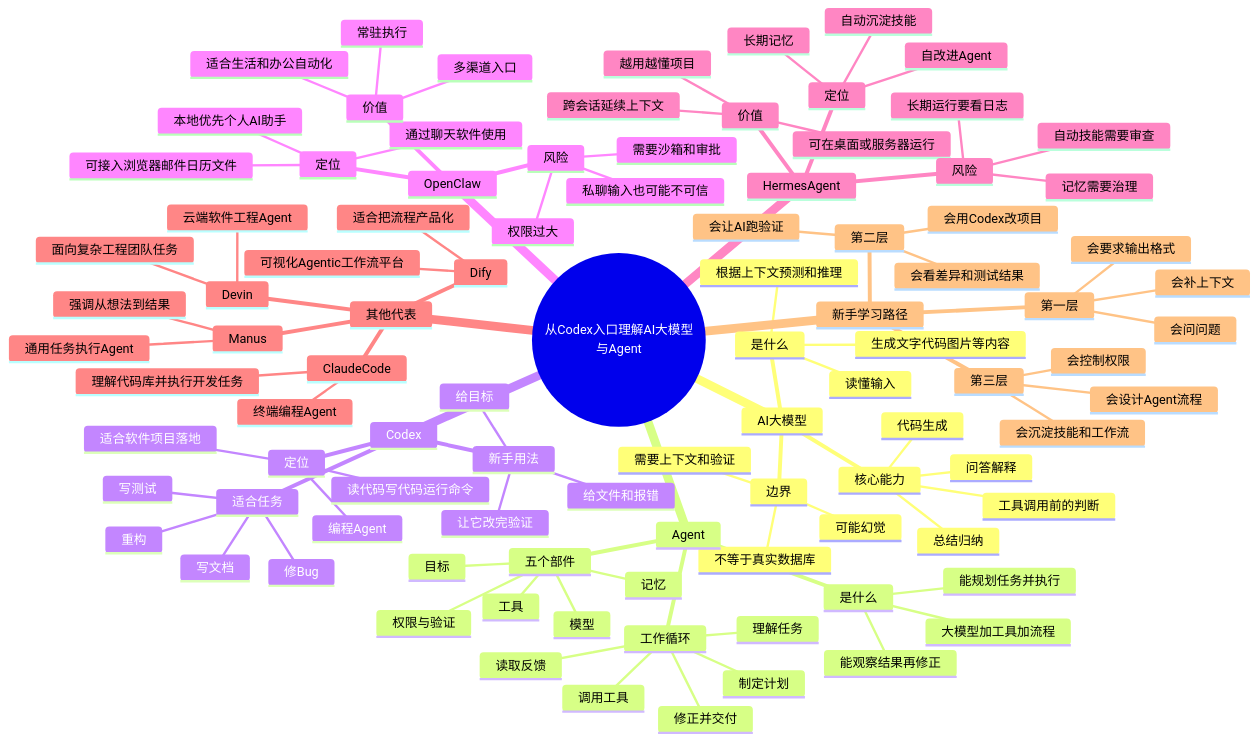
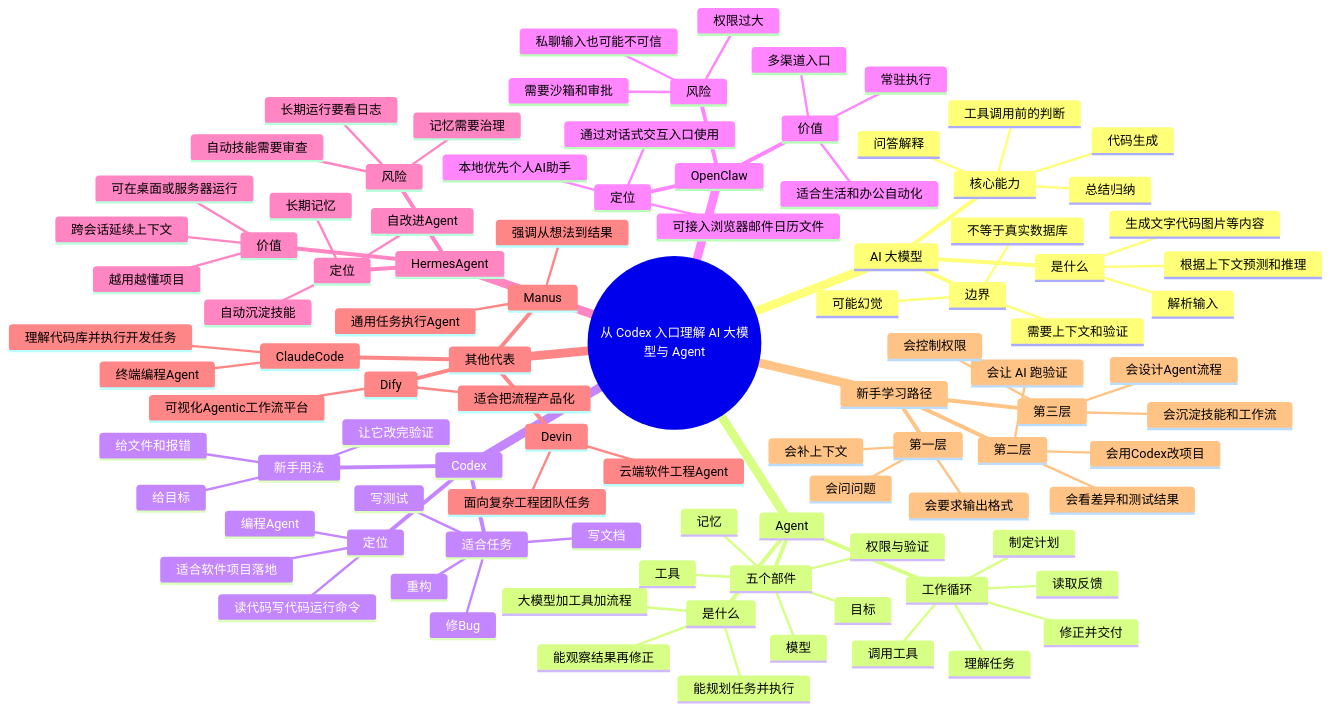
Before and after one commit to locooooooooo/ai-beginner-course: the diagram in 大模型与Agent/README.md, drawn with Mermaid. The commit also changed other lines of this file and 141 other files, not shown here.

````diff
--- a/大模型与Agent/README.md
+++ b/大模型与Agent/README.md
@@ -12,9 +12,9 @@
 ```mermaid
 mindmap
-  root((从Codex入口理解AI大模型与Agent))
-    AI大模型
+  root((从 Codex 入口理解 AI 大模型与 Agent))
+    AI 大模型
       是什么
-        读懂输入
+        解析输入
         生成文字代码图片等内容
         根据上下文预测和推理
       核心能力
@@ -60,7 +60,7 @@
     OpenClaw
       定位
         本地优先个人AI助手
-        通过聊天软件使用
+        通过对话式交互入口使用
         可接入浏览器邮件日历文件
       价值
         常驻执行
@@ -103,7 +103,7 @@
         会要求输出格式
       第二层
         会用Codex改项目
-        会让AI跑验证
+        会让 AI 跑验证
         会看差异和测试结果
       第三层
         会设计Agent流程
````
